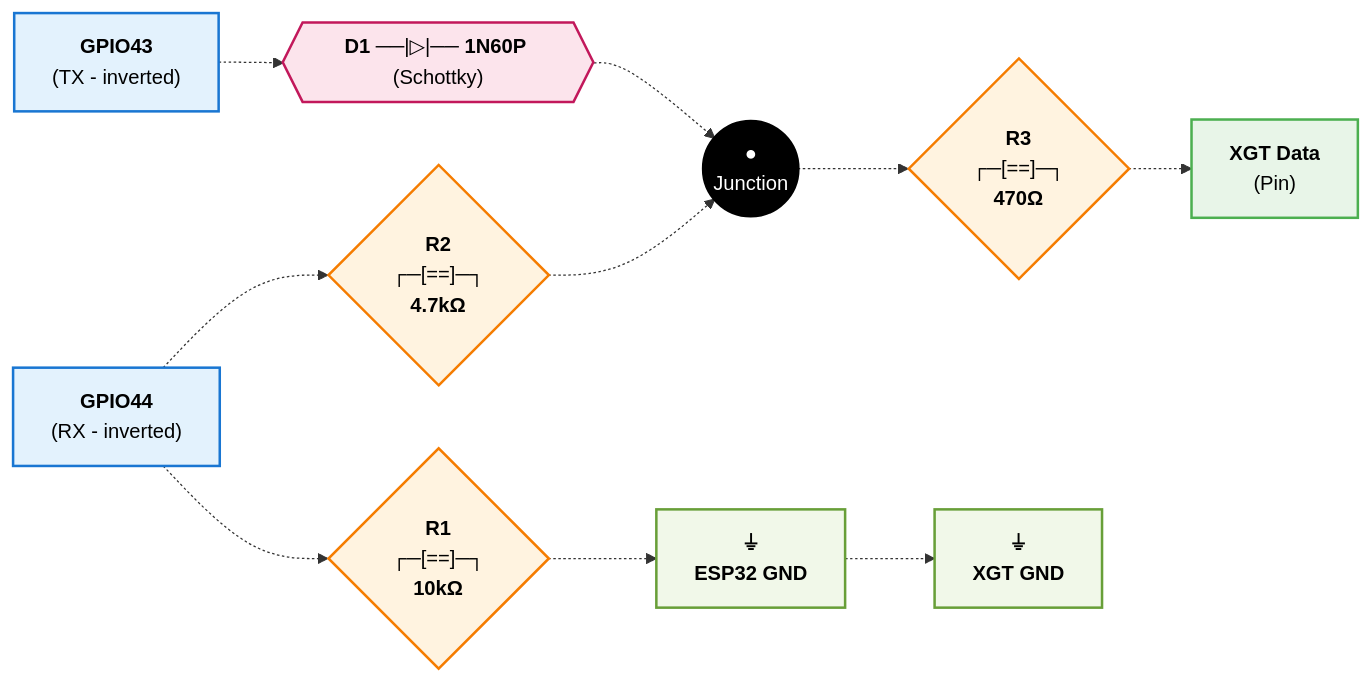
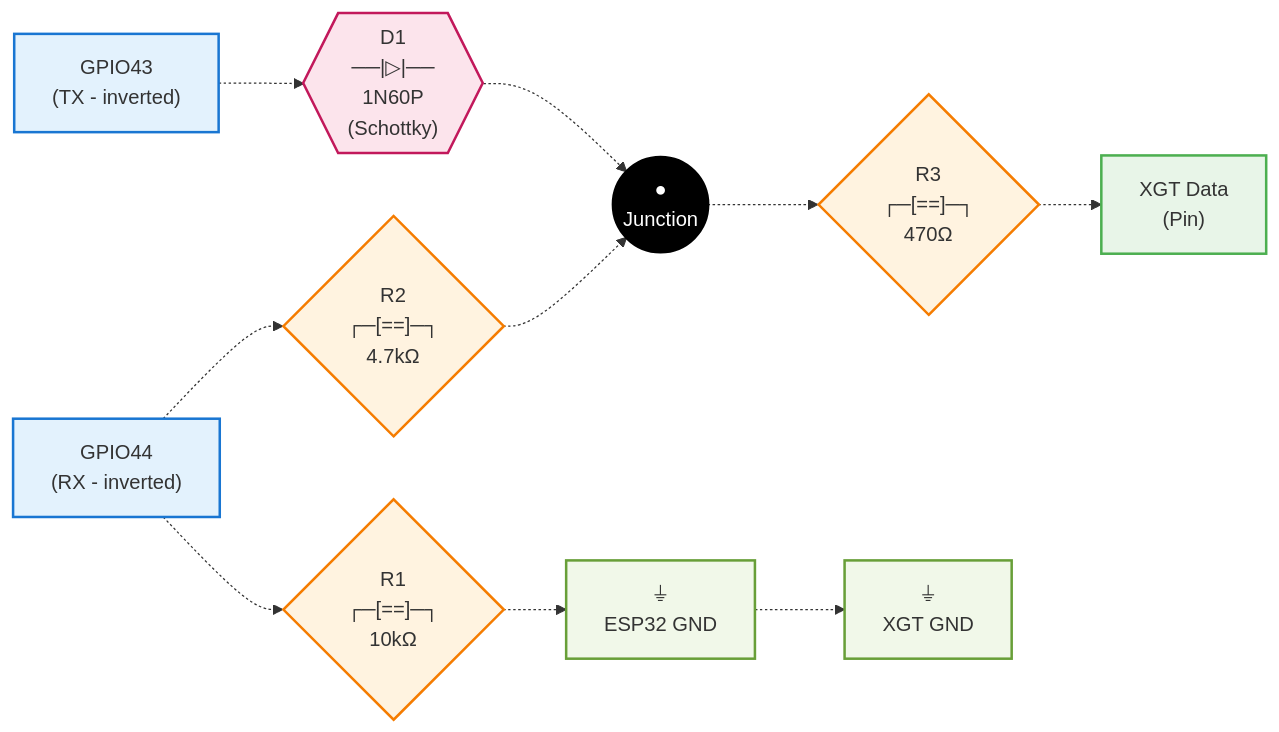
One commit to clowrey/ESPHome-XGT changed the diagram in README.md. Above: the diagram before and after it, drawn with Mermaid.

````diff
--- a/README.md
+++ b/README.md
@@ -40,63 +40,48 @@
 ```mermaid
 flowchart LR
     %% ESP32 Pins
-    TX["`**GPIO43**
-    (TX - inverted)`"]
-    RX["`**GPIO44** 
-    (RX - inverted)`"]
+    TX["GPIO43<br/>(TX - inverted)"]
+    RX["GPIO44<br/>(RX - inverted)"]
     
-    %% Interface Components
-    R1{"`**R1**
-    ┌─[==]─┐
-    **10kΩ**`"}
-    
-    R2{"`**R2**
-    ┌─[==]─┐
-    **4.7kΩ**`"}
-    
-    R3{"`**R3**
-    ┌─[==]─┐
-    **470Ω**`"}
-    
-    D1{{"`**D1** ──|▷|── **1N60P** (Schottky)`"}}
+    %% Interface Components  
+    R1{"R1<br/>┌─[==]─┐<br/>10kΩ"}
+    R2{"R2<br/>┌─[==]─┐<br/>4.7kΩ"}
+    R3{"R3<br/>┌─[==]─┐<br/>470Ω"}
+    D1{{"D1<br/>──|▷|──<br/>1N60P<br/>(Schottky)"}}
     
     %% Connection Points
-    MID(("`**●**
-    Junction`"))
+    MID(("●<br/>Junction"))
     
     %% XGT Battery
-    DATA["`**XGT Data**
-    (Pin)`"]
+    DATA["XGT Data<br/>(Pin)"]
     
     %% Ground Symbols
-    GND_ESP["`**⏚**
-    **ESP32 GND**`"]
-    GND_XGT["`**⏚**
-    **XGT GND**`"]
+    GND_ESP["⏚<br/>ESP32 GND"]
+    GND_XGT["⏚<br/>XGT GND"]
     
-    %% Connections with better spacing
+    %% Connections
     TX -.-> D1
     D1 -.-> MID
     RX -.-> R2
     R2 -.-> MID
     RX -.-> R1
     R1 -.-> GND_ESP
     MID -.-> R3
     R3 -.-> DATA
     GND_ESP -.-> GND_XGT
     
     %% Styling
-    classDef pinStyle fill:#e3f2fd,stroke:#1976d2,stroke-width:2px,color:#000
-    classDef resistorStyle fill:#fff3e0,stroke:#f57c00,stroke-width:2px,color:#000
-    classDef diodeStyle fill:#fce4ec,stroke:#c2185b,stroke-width:2px,color:#000
+    classDef pinStyle fill:#e3f2fd,stroke:#1976d2,stroke-width:2px
+    classDef resistorStyle fill:#fff3e0,stroke:#f57c00,stroke-width:2px
+    classDef diodeStyle fill:#fce4ec,stroke:#c2185b,stroke-width:2px
     classDef junctionStyle fill:#000,stroke:#000,stroke-width:3px,color:#fff
-    classDef groundStyle fill:#f1f8e9,stroke:#689f38,stroke-width:2px,color:#000
-    classDef dataStyle fill:#e8f5e8,stroke:#4caf50,stroke-width:2px,color:#000
+    classDef groundStyle fill:#f1f8e9,stroke:#689f38,stroke-width:2px
+    classDef dataStyle fill:#e8f5e8,stroke:#4caf50,stroke-width:2px
     
     class TX,RX pinStyle
     class R1,R2,R3 resistorStyle
     class D1 diodeStyle
     class MID junctionStyle
     class GND_ESP,GND_XGT groundStyle
     class DATA dataStyle
 ```
````
